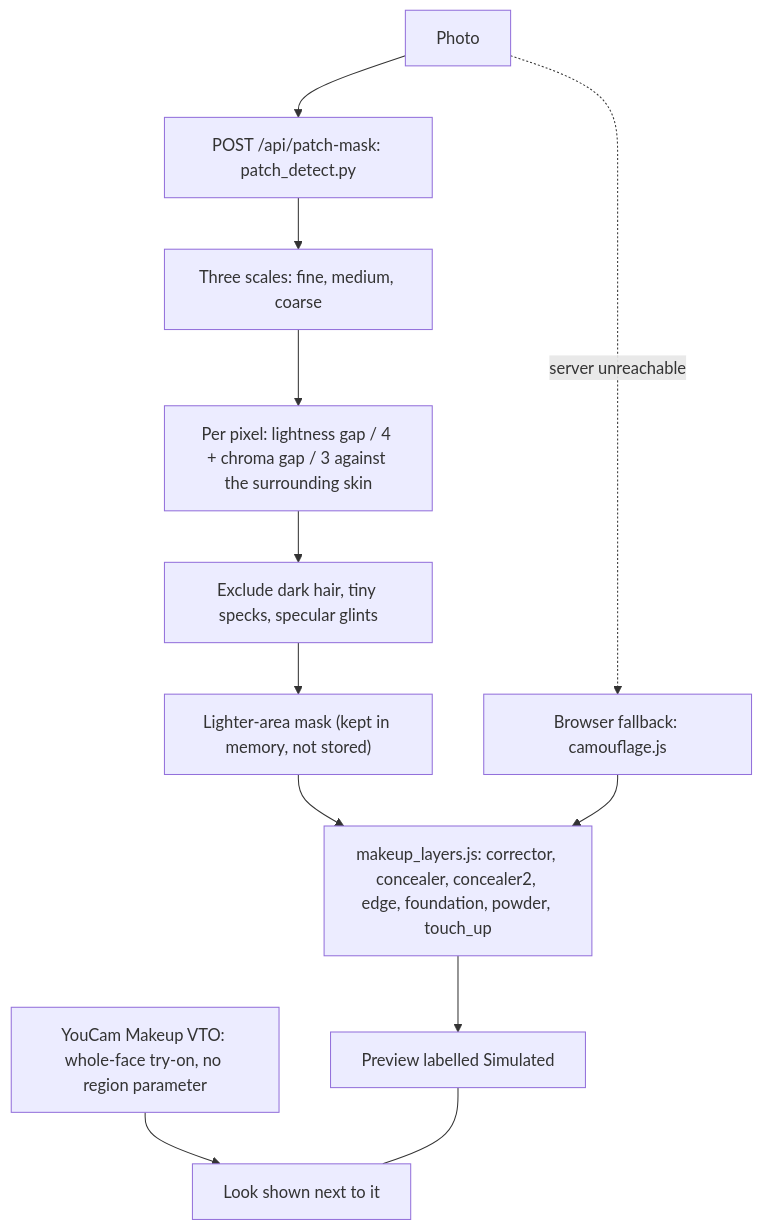
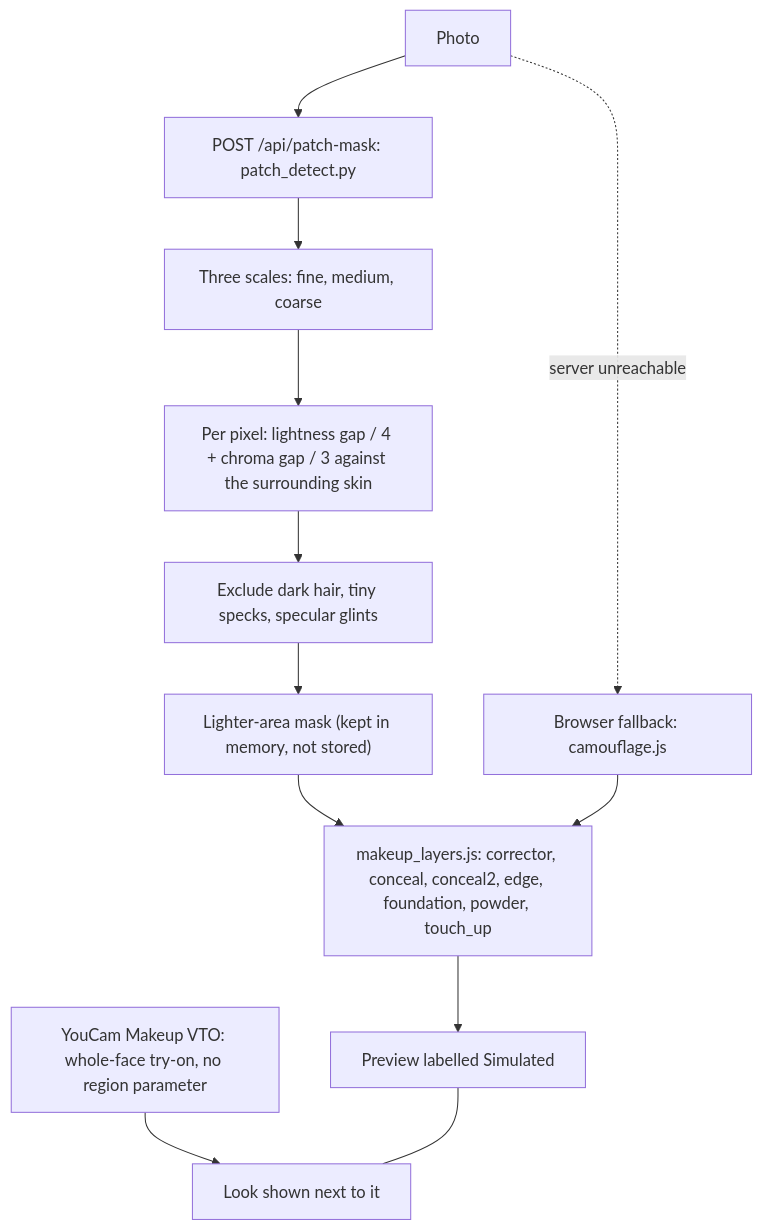
The sixth of 13 diagrams in docs/ARCHITECTURE.md (jiarong0423/goodglow-try-on), drawn with Mermaid before and after one commit. The commit also changed 36 other files, not shown here.

````diff
--- a/docs/ARCHITECTURE.md
+++ b/docs/ARCHITECTURE.md
@@ -164,14 +164,14 @@
 ```mermaid
 flowchart TB
   P["Photo"] --> M["POST /api/patch-mask: patch_detect.py"]
   M --> M1["Three scales: fine, medium, coarse"]
   M1 --> M2["Per pixel: lightness gap / 4 + chroma gap / 3 against the surrounding skin"]
   M2 --> M3["Exclude dark hair, tiny specks, specular glints"]
   M3 --> MASK["Lighter-area mask (kept in memory, not stored)"]
   P -.->|"server unreachable"| FB["Browser fallback: camouflage.js"]
-  MASK --> LAY["makeup_layers.js: corrector, concealer, concealer2, edge, foundation, powder, touch_up"]
+  MASK --> LAY["makeup_layers.js: corrector, conceal, conceal2, edge, foundation, powder, touch_up"]
   FB --> LAY
   LAY --> OUT["Preview labelled Simulated"]
   VTO["YouCam Makeup VTO: whole-face try-on, no region parameter"] --> OUT2["Look shown next to it"]
   OUT --- OUT2
 ```
````
